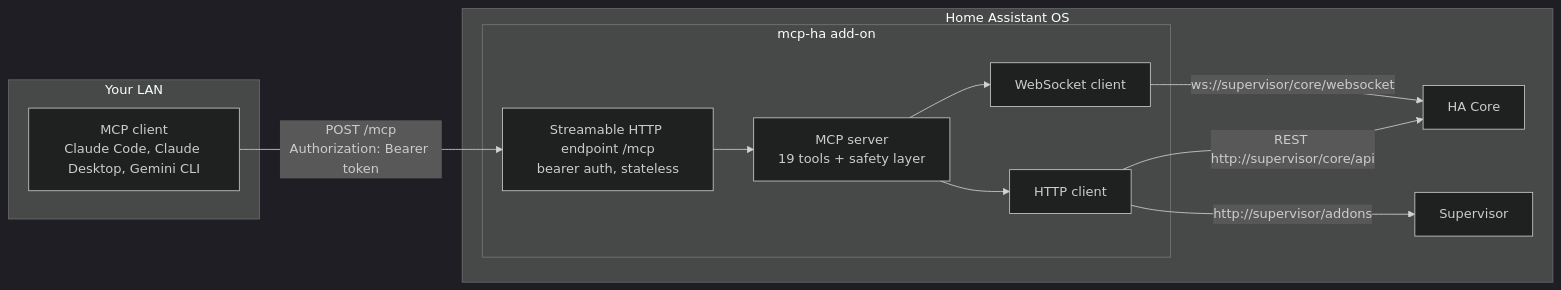
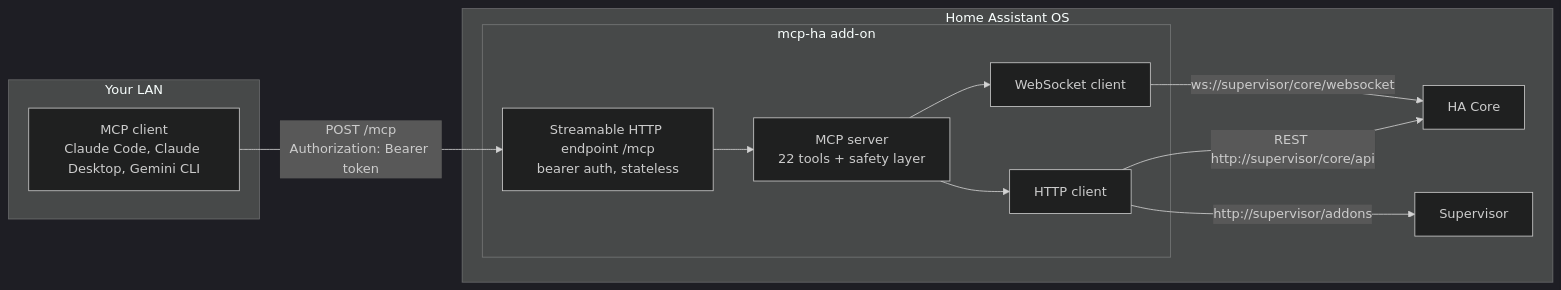
One commit to Devitek/mcp-ha changed the first of 3 diagrams in docs/reference/architecture.md. Above: the diagram before and after it, drawn with Mermaid (dark theme). The commit also changed 33 other files, not shown here.

````diff
--- a/docs/reference/architecture.md
+++ b/docs/reference/architecture.md
@@ -7,23 +7,23 @@
 ```mermaid
 flowchart LR
   subgraph lan["Your LAN"]
     C["MCP client<br/>Claude Code, Claude Desktop, Gemini CLI"]
   end
   subgraph haos["Home Assistant OS"]
     subgraph addon["mcp-ha add-on"]
       T["Streamable HTTP endpoint /mcp<br/>bearer auth, stateless"]
-      S["MCP server<br/>19 tools + safety layer"]
+      S["MCP server<br/>22 tools + safety layer"]
       W["WebSocket client"]
       H["HTTP client"]
       T --> S
       S --> W
       S --> H
     end
     CORE["HA Core"]
     SUP["Supervisor"]
     W -->|"ws://supervisor/core/websocket"| CORE
     H -->|"REST http://supervisor/core/api"| CORE
     H -->|"http://supervisor/addons"| SUP
   end
   C -->|"POST /mcp<br/>Authorization: Bearer token"| T
 ```
````
